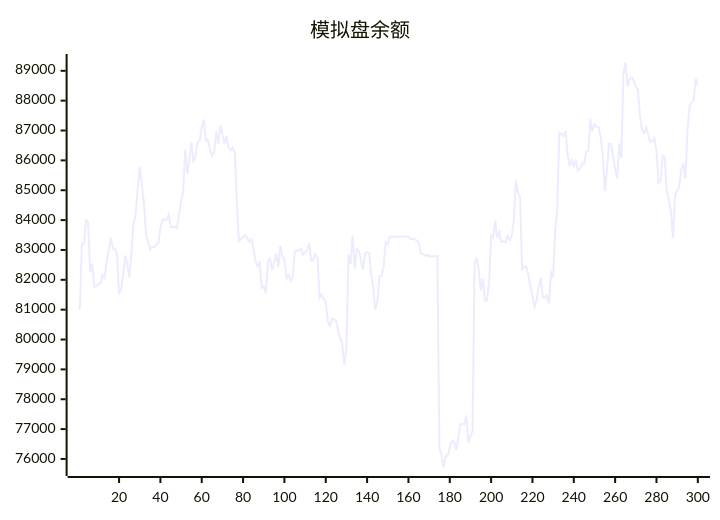
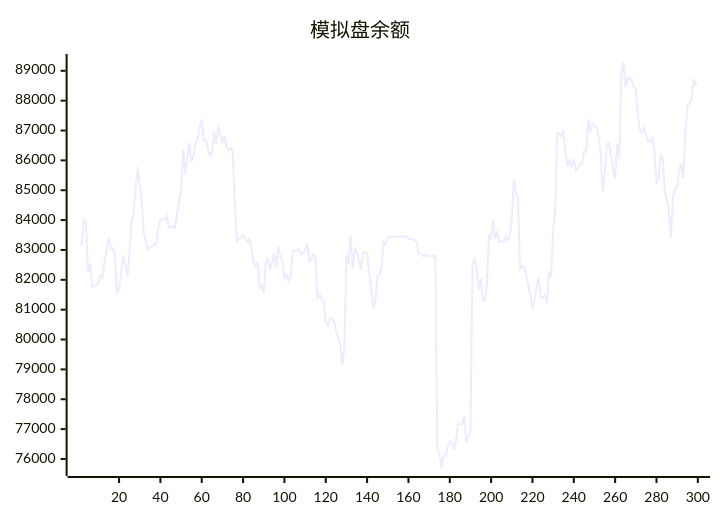
Before and after one commit to aahl/ai-trading: the diagram in README.md, drawn with Mermaid. The commit also changed other lines of this file and 1 other file, not shown here.

````diff
--- a/README.md
+++ b/README.md
@@ -5,5 +5,5 @@
 ```mermaid
 xychart
     title "模拟盘余额"
-    line [80985,83214,83212,83993,83921,82270,82547,81776,81776,81866,81866,82158,82061,82596,83000,83408,83041,83050,82858,81503,81691,82188,82812,82517,82092,82901,83898,84180,85030,85781,85178,84604,83569,83298,83008,83093,83107,83175,83228,83729,84025,84017,84019,84177,83775,83762,83785,83738,84160,84639,84939,86370,85548,86046,86599,85942,86161,86622,86664,87115,87369,86666,86685,86384,86152,86243,86969,86548,87164,86885,86566,86809,86427,86348,86417,86273,84538,83299,83369,83430,83490,83404,83270,83362,83056,82605,82459,82614,81734,81788,81551,82598,82702,82320,82580,82878,82426,83139,82778,82686,82056,82166,81963,82110,82951,82983,82984,83038,82838,82915,82998,83235,82642,82682,82858,82746,81396,81512,81362,81277,80600,80461,80699,80673,80616,80288,80038,79836,79142,79722,82837,82533,83480,82366,83032,82960,82654,82330,82883,82934,82901,82188,81728,81005,81298,82110,82135,82449,83264,83203,83440,83439,83440,83440,83446,83447,83448,83447,83448,83449,83369,83369,83369,83313,83256,82872,82873,82801,82844,82785,82791,82791,82793,82794,76339,76145,75714,76110,76096,76397,76594,76585,76310,76607,77160,77170,77160,77456,76541,76774,76927,82520,82744,82337,81639,82040,81307,81314,81887,83490,83414,83984,83396,83594,83261,83287,83253,83470,83327,83465,83987,85348,84930,84786,82355,82433,82438,82167,81795,81466,81105,81315,81756,82064,81426,81398,81481,81210,82242,82099,83658,84359,86925,86892,86814,86980,86203,85802,86003,85811,86028,85657,85721,85896,85880,86300,86299,87378,86965,87214,87115,87118,86780,86238,84966,85623,86555,86562,86129,85722,85387,86569,86070,88870,89278,88477,88720,88781,88668,88467,88372,87493,87018,86917,87102,86870,86613,86644,86758,86317,85242,85334,86149,86106,84968,84671,84302,83410,84816,85001,85127,85693,85891,85384,87001,87811,87945,88007,88734,88528]
+    line [83214,83212,83993,83921,82270,82547,81776,81776,81866,81866,82158,82061,82596,83000,83408,83041,83050,82858,81503,81691,82188,82812,82517,82092,82901,83898,84180,85030,85781,85178,84604,83569,83298,83008,83093,83107,83175,83228,83729,84025,84017,84019,84177,83775,83762,83785,83738,84160,84639,84939,86370,85548,86046,86599,85942,86161,86622,86664,87115,87369,86666,86685,86384,86152,86243,86969,86548,87164,86885,86566,86809,86427,86348,86417,86273,84538,83299,83369,83430,83490,83404,83270,83362,83056,82605,82459,82614,81734,81788,81551,82598,82702,82320,82580,82878,82426,83139,82778,82686,82056,82166,81963,82110,82951,82983,82984,83038,82838,82915,82998,83235,82642,82682,82858,82746,81396,81512,81362,81277,80600,80461,80699,80673,80616,80288,80038,79836,79142,79722,82837,82533,83480,82366,83032,82960,82654,82330,82883,82934,82901,82188,81728,81005,81298,82110,82135,82449,83264,83203,83440,83439,83440,83440,83446,83447,83448,83447,83448,83449,83369,83369,83369,83313,83256,82872,82873,82801,82844,82785,82791,82791,82793,82794,76339,76145,75714,76110,76096,76397,76594,76585,76310,76607,77160,77170,77160,77456,76541,76774,76927,82520,82744,82337,81639,82040,81307,81314,81887,83490,83414,83984,83396,83594,83261,83287,83253,83470,83327,83465,83987,85348,84930,84786,82355,82433,82438,82167,81795,81466,81105,81315,81756,82064,81426,81398,81481,81210,82242,82099,83658,84359,86925,86892,86814,86980,86203,85802,86003,85811,86028,85657,85721,85896,85880,86300,86299,87378,86965,87214,87115,87118,86780,86238,84966,85623,86555,86562,86129,85722,85387,86569,86070,88870,89278,88477,88720,88781,88668,88467,88372,87493,87018,86917,87102,86870,86613,86644,86758,86317,85242,85334,86149,86106,84968,84671,84302,83410,84816,85001,85127,85693,85891,85384,87001,87811,87945,88007,88734,88528,88495]
 ```
````
